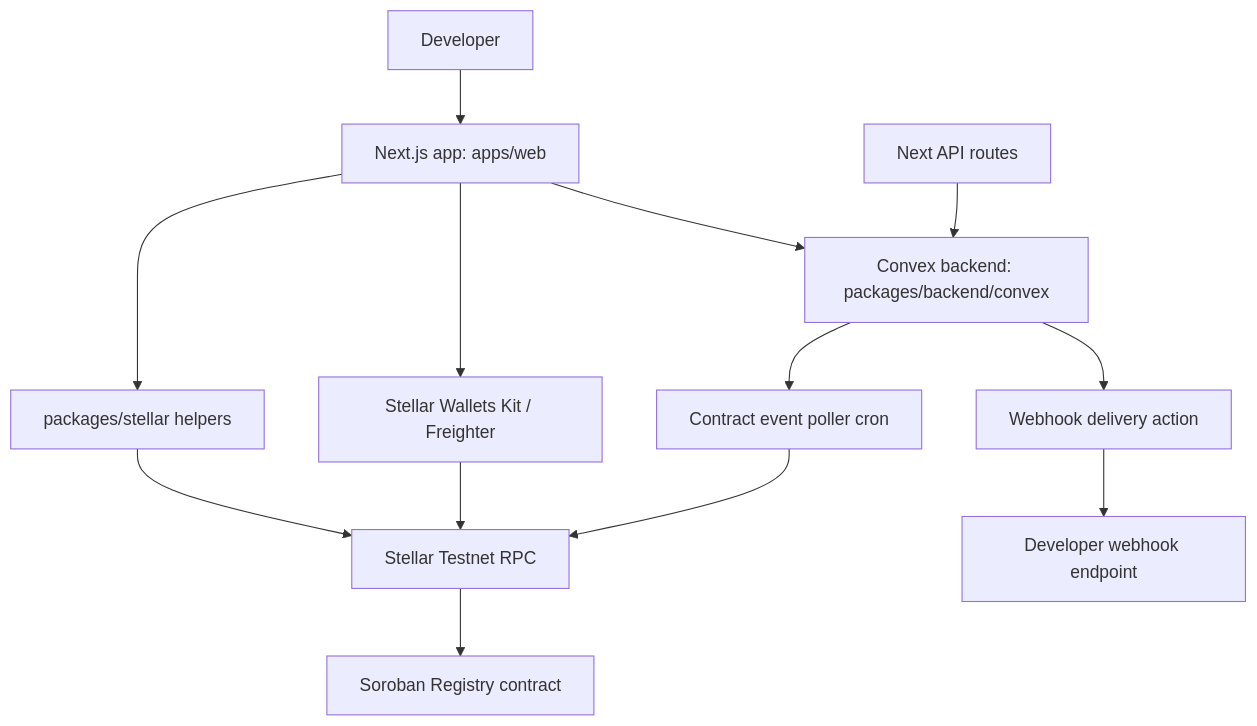
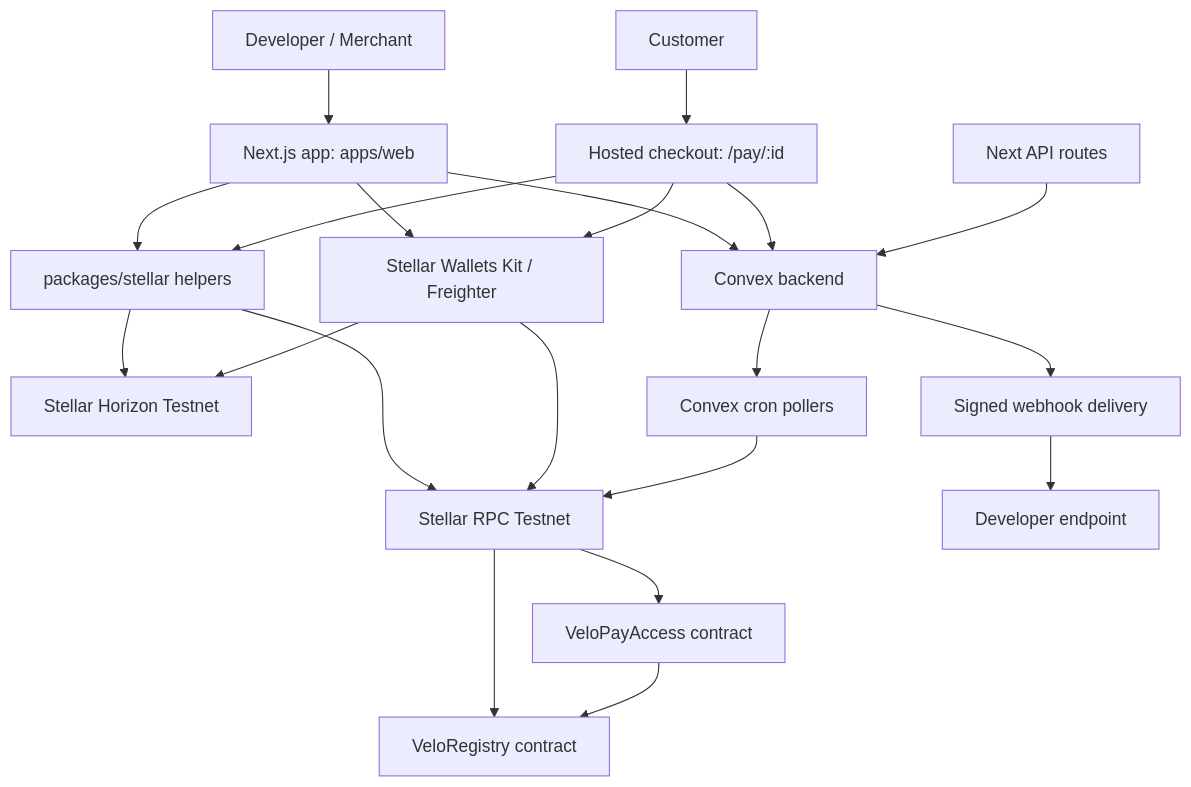
The first of 2 diagrams in docs/prds/talakit-project-status-report-2026-06-29.md (Carts1024/Velo), drawn with Mermaid before and after one commit. The commit also changed other lines of this file and 18 other files, not shown here.

First line of the commit message:
✨ feat: add pay-access contract ID handling and tests

````diff
--- a/docs/prds/talakit-project-status-report-2026-06-29.md
+++ b/docs/prds/talakit-project-status-report-2026-06-29.md
@@ -61,15 +88,23 @@
 ```mermaid
 flowchart TD
-  User[Developer] --> Web[Next.js app: apps/web]
+  Merchant[Developer / Merchant] --> Web[Next.js app: apps/web]
+  Customer[Customer] --> Checkout[Hosted checkout: /pay/:id]
   Web --> Wallet[Stellar Wallets Kit / Freighter]
-  Web --> Convex[Convex backend: packages/backend/convex]
+  Checkout --> Wallet
+  Web --> Convex[Convex backend]
+  Checkout --> Convex
   Web --> StellarPkg[packages/stellar helpers]
-  StellarPkg --> StellarRPC[Stellar Testnet RPC]
-  Wallet --> StellarRPC
-  StellarRPC --> Registry[Soroban Registry contract]
-  Convex --> EventPoller[Contract event poller cron]
-  EventPoller --> StellarRPC
-  Convex --> Webhook[Webhook delivery action]
-  Webhook --> ExternalEndpoint[Developer webhook endpoint]
+  Checkout --> StellarPkg
+  StellarPkg --> Horizon[Stellar Horizon Testnet]
+  StellarPkg --> RPC[Stellar RPC Testnet]
+  Wallet --> Horizon
+  Wallet --> RPC
+  RPC --> Registry[VeloRegistry contract]
+  RPC --> PayAccess[VeloPayAccess contract]
+  PayAccess --> Registry
+  Convex --> Pollers[Convex cron pollers]
+  Pollers --> RPC
+  Convex --> Webhooks[Signed webhook delivery]
+  Webhooks --> MerchantEndpoint[Developer endpoint]
   API[Next API routes] --> Convex
 ```
````
